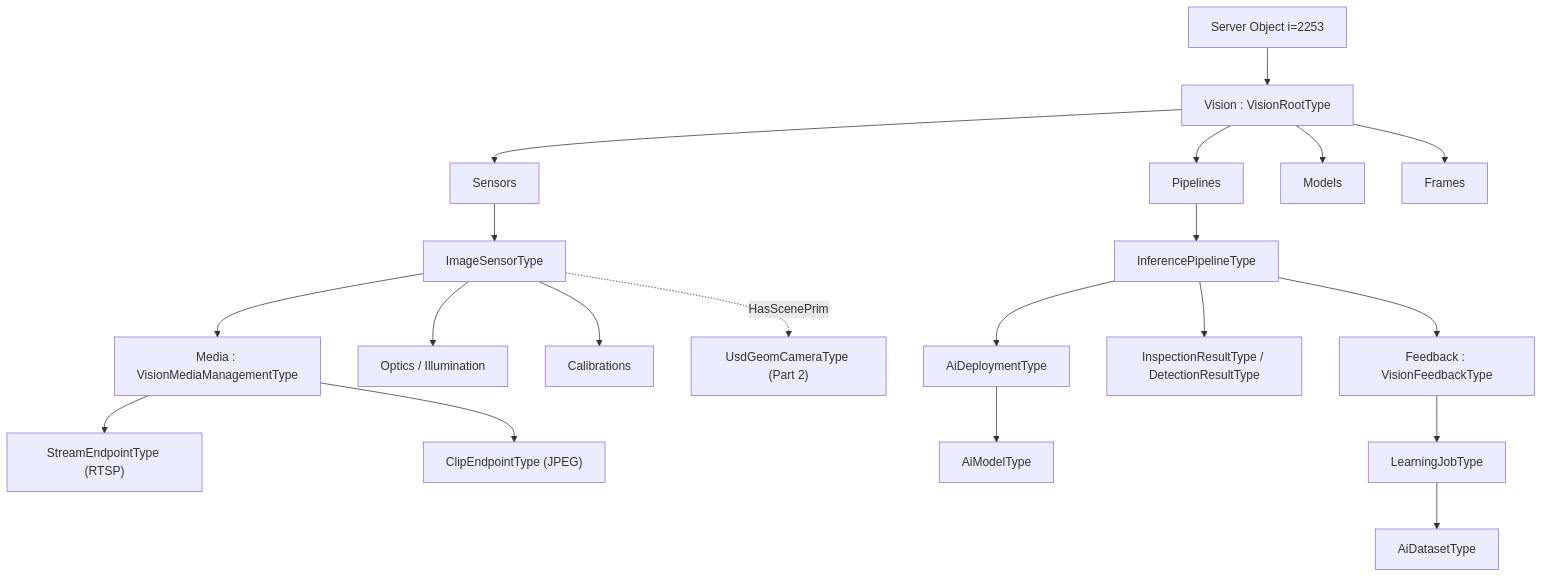
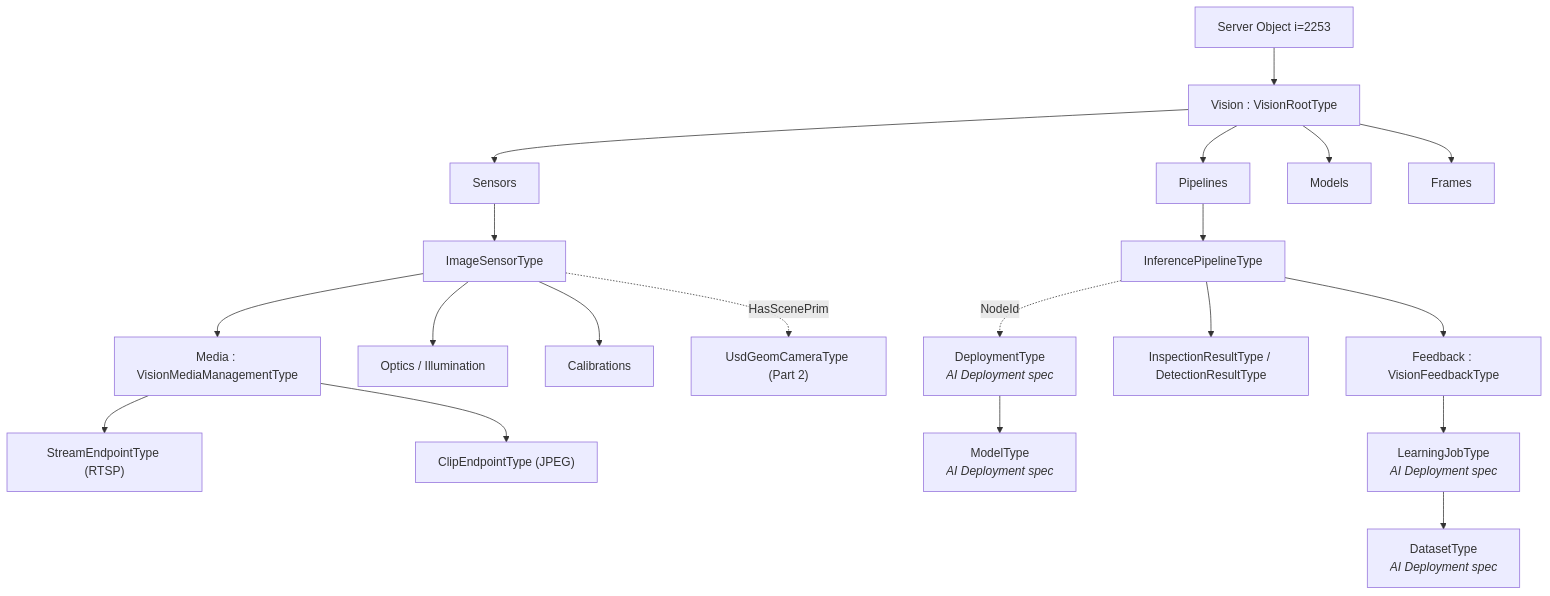
The first of 11 diagrams in metaverse-specs/vision/OPC-UA-Vision.md (marcschier/opcua-drafts), drawn with Mermaid before and after one commit. The commit also changed other lines of this file and 18 other files, not shown here.

````diff
--- a/metaverse-specs/vision/OPC-UA-Vision.md
+++ b/metaverse-specs/vision/OPC-UA-Vision.md
@@ -140,25 +146,25 @@
 ```mermaid
 graph TD
     SRV["Server Object i=2253"] --> ROOT["Vision : VisionRootType"]
     ROOT --> SENS["Sensors"]
     ROOT --> PIPES["Pipelines"]
     ROOT --> MODELS["Models"]
     ROOT --> FRAMES["Frames"]
 
     SENS --> CAM["ImageSensorType"]
     CAM --> MEDIA["Media : VisionMediaManagementType"]
     MEDIA --> STREAM["StreamEndpointType (RTSP)"]
     MEDIA --> CLIP["ClipEndpointType (JPEG)"]
     CAM --> OPTICS["Optics / Illumination"]
     CAM --> CAL["Calibrations"]
 
     PIPES --> PIPE["InferencePipelineType"]
-    PIPE --> DEPLOY["AiDeploymentType"]
-    DEPLOY --> MODEL["AiModelType"]
+    PIPE -.NodeId.-> DEPLOY["DeploymentType<br/><i>AI Deployment spec</i>"]
+    DEPLOY --> MODEL["ModelType<br/><i>AI Deployment spec</i>"]
     PIPE --> RESULT["InspectionResultType / DetectionResultType"]
     PIPE --> FB["Feedback : VisionFeedbackType"]
-    FB --> LEARN["LearningJobType"]
-    LEARN --> DATASET["AiDatasetType"]
+    FB --> LEARN["LearningJobType<br/><i>AI Deployment spec</i>"]
+    LEARN --> DATASET["DatasetType<br/><i>AI Deployment spec</i>"]
 
     CAM -.HasScenePrim.-> PRIM["UsdGeomCameraType (Part 2)"]
 ```
````
